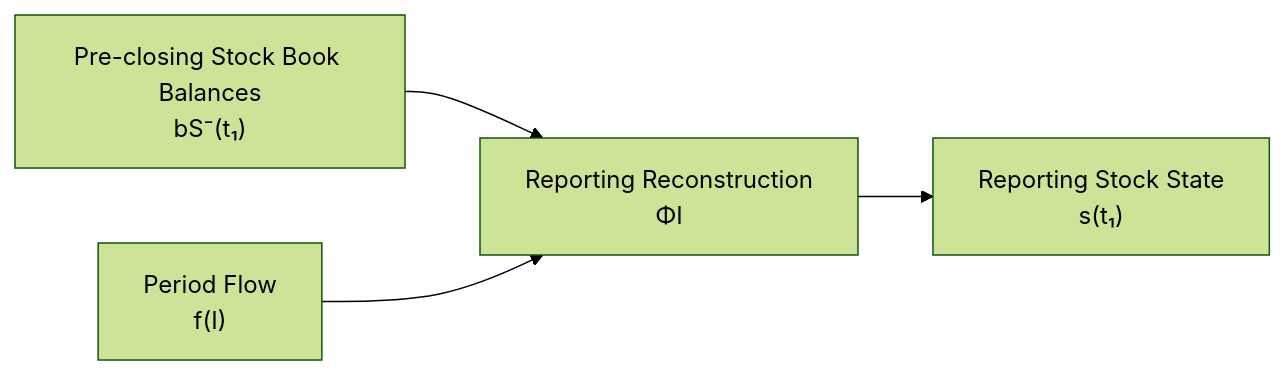
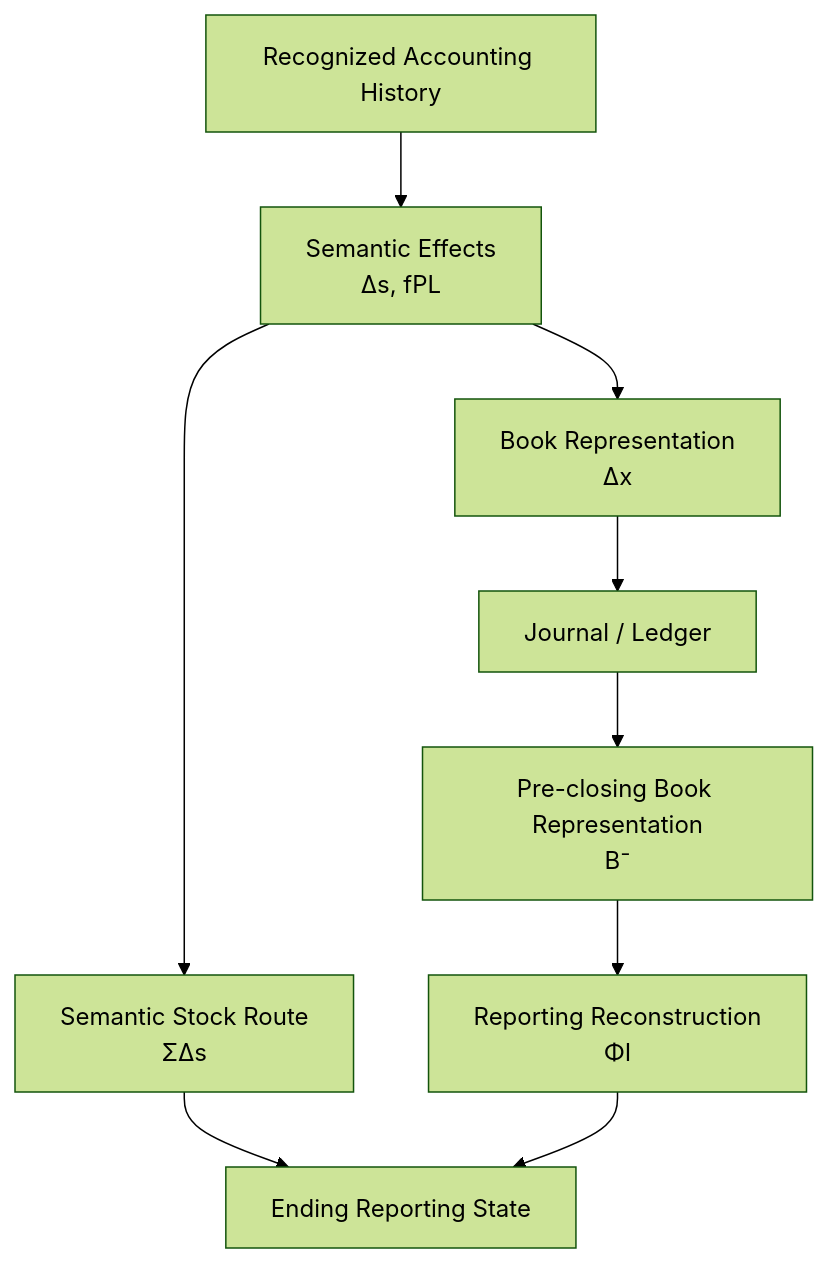
Before and after one commit to niikei/accounting-state-model: the third of 4 diagrams in theory/07-period-stock-flow.md, drawn with Mermaid (forest theme). The commit also changed other lines of this file and 8 other files, not shown here.

````diff
--- a/theory/07-period-stock-flow.md
+++ b/theory/07-period-stock-flow.md
@@ -802,15 +707,22 @@
 ```mermaid
-flowchart LR
-    BOOK["Pre-closing Stock Book Balances<br/>bS⁻(t₁)"]
+flowchart TD
+    EVENTS["Recognized Accounting History"]
 
-    FLOW["Period Flow<br/>f(I)"]
+    SEM["Semantic Effects<br/>Δs, fPL"]
+
+    SROUTE["Semantic Stock Route<br/>ΣΔs"]
+
+    X["Book Representation<br/>Δx"]
+
+    LEDGER["Journal / Ledger"]
+
+    B["Pre-closing Book Representation<br/>B⁻"]
 
     PHI["Reporting Reconstruction<br/>ΦI"]
 
-    STATE["Reporting Stock State<br/>s(t₁)"]
+    STATE["Ending Reporting State"]
 
-    BOOK --> PHI
-    FLOW --> PHI
-
-    PHI --> STATE
+    EVENTS --> SEM
+    SEM --> SROUTE --> STATE
+    SEM --> X --> LEDGER --> B --> PHI --> STATE
 ```
````
